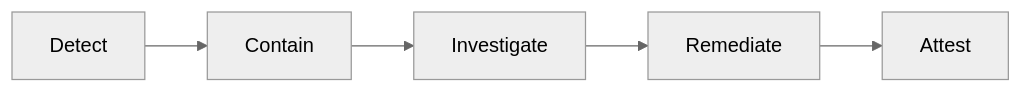
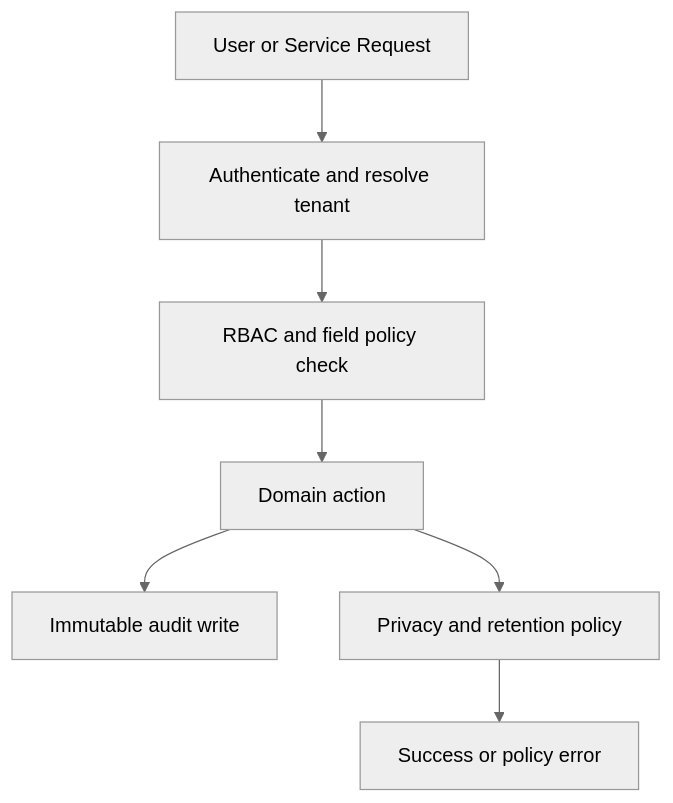
The diagram in Customer Relationship Management Platform/edge-cases/security-and-compliance.md (0Ankit0/Project-Ideas), drawn with Mermaid (neutral theme) before and after one commit. The commit also changed other lines of this file and 17 other files, not shown here.

````diff
--- a/Customer Relationship Management Platform/edge-cases/security-and-compliance.md
+++ b/Customer Relationship Management Platform/edge-cases/security-and-compliance.md
@@ -26,8 +9,9 @@
 ```mermaid
-flowchart LR
-    A[Detect] --> B[Contain]
-    B[Contain] --> C[Investigate]
-    C[Investigate] --> D[Remediate]
-    D[Remediate] --> E[Attest]
-    E[Attest]
+flowchart TD
+    Request[User or Service Request] --> Auth[Authenticate and resolve tenant]
+    Auth --> Policy[RBAC and field policy check]
+    Policy --> Domain[Domain action]
+    Domain --> Audit[Immutable audit write]
+    Domain --> Privacy[Privacy and retention policy]
+    Privacy --> Response[Success or policy error]
 ```
````
